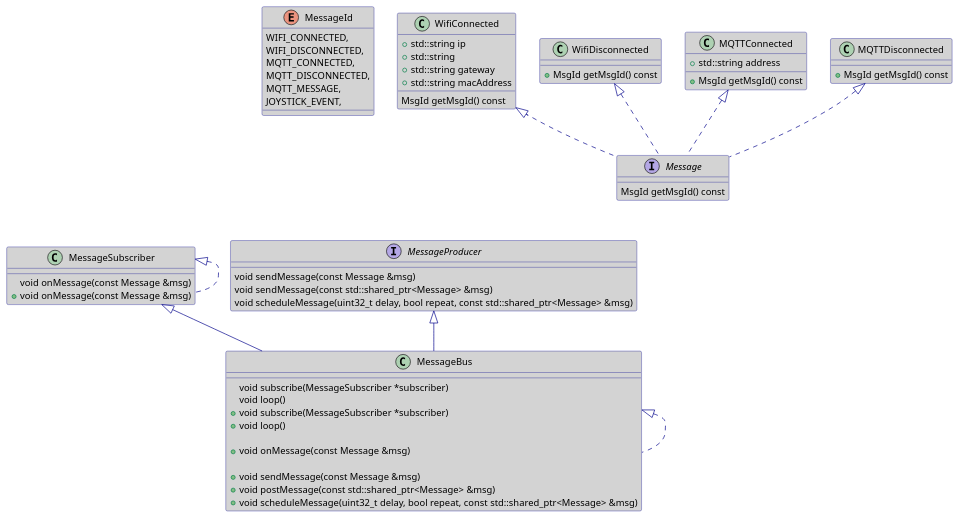
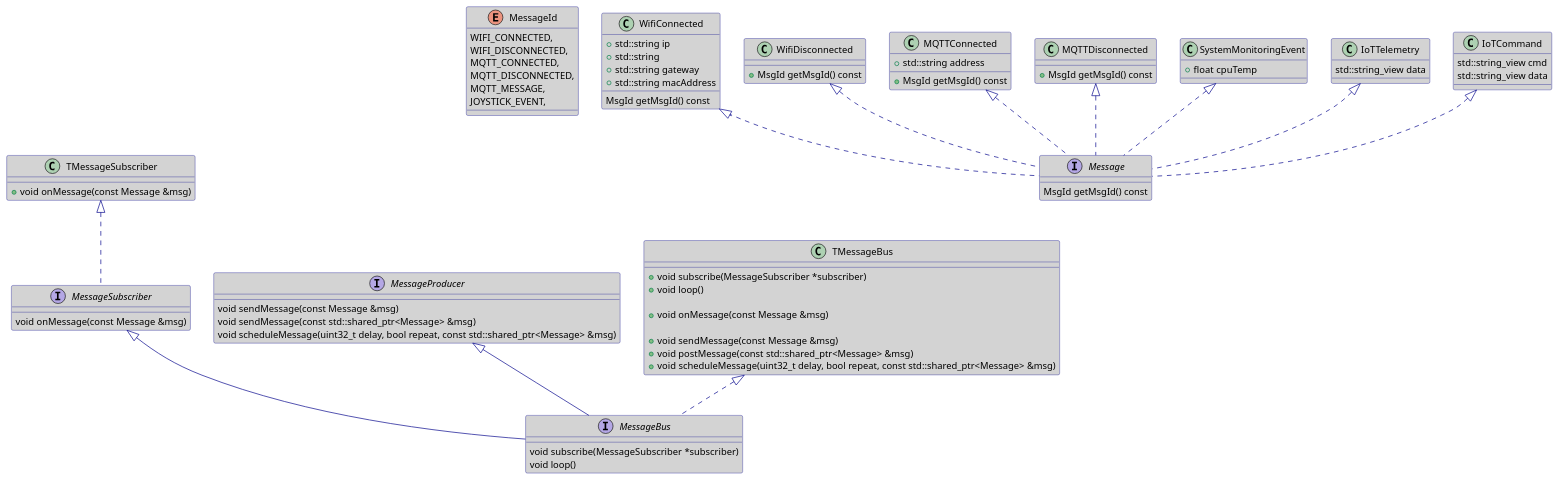
The diagram in puml/MessageBus.puml (darvik80/esp32-core), drawn with PlantUML before and after one commit.

```diff
--- a/puml/MessageBus.puml
+++ b/puml/MessageBus.puml
@@ -1,91 +1,110 @@
 @startuml
 'https://plantuml.com/class-diagram
 
 skinparam backgroundcolor White
 skinparam classBackgroundColor LightGray
 skinparam arrowColor DarkBlue
 skinparam classBorderColor DarkBlue
 
 enum MessageId {
     WIFI_CONNECTED,
     WIFI_DISCONNECTED,
     MQTT_CONNECTED,
     MQTT_DISCONNECTED,
     MQTT_MESSAGE,
     JOYSTICK_EVENT,
 }
 
 interface Message {
     MsgId getMsgId() const
 }
 
 class WifiConnected {
     +std::string ip
     +std::string
     +std::string gateway
     +std::string macAddress
 
     MsgId getMsgId() const
 }
 
 WifiConnected <|.. Message
 
 class WifiDisconnected {
     +MsgId getMsgId() const
 }
 
 WifiDisconnected <|.. Message
 
 class MQTTConnected {
     +std::string address
     +MsgId getMsgId() const
 }
 
 MQTTConnected <|.. Message
 
 class MQTTDisconnected {
     +MsgId getMsgId() const
 }
 
 MQTTDisconnected <|.. Message
 
+class SystemMonitoringEvent {
+    +float cpuTemp
+}
+
+SystemMonitoringEvent <|.. Message
+
+class IoTTelemetry {
+    std::string_view data
+}
+
+IoTTelemetry <|.. Message
+
+class IoTCommand {
+    std::string_view cmd
+    std::string_view data
+}
+
+IoTCommand <|.. Message
+
 interface MessageSubscriber {
     void onMessage(const Message &msg)
 }
 
 interface MessageProducer {
     void sendMessage(const Message &msg)
     void sendMessage(const std::shared_ptr<Message> &msg)
     void scheduleMessage(uint32_t delay, bool repeat, const std::shared_ptr<Message> &msg)
 }
 
 interface MessageBus {
     void subscribe(MessageSubscriber *subscriber)
     void loop()
 }
 
 MessageProducer <|-- MessageBus
 MessageSubscriber <|-- MessageBus
 
-class MessageSubscriber {
+class TMessageSubscriber {
     +void onMessage(const Message &msg)
 }
 
-MessageSubscriber <|.. MessageSubscriber
+TMessageSubscriber <|.. MessageSubscriber
 
-class MessageBus {
+class TMessageBus {
     +void subscribe(MessageSubscriber *subscriber)
     +void loop()
 
     +void onMessage(const Message &msg)
 
     +void sendMessage(const Message &msg)
     +void postMessage(const std::shared_ptr<Message> &msg)
     +void scheduleMessage(uint32_t delay, bool repeat, const std::shared_ptr<Message> &msg)
 }
 
-MessageBus <|.. MessageBus
+TMessageBus <|.. MessageBus
 
 Message --d[hidden]-> MessageBus
 
 @enduml
```
